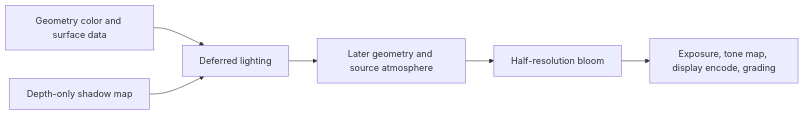
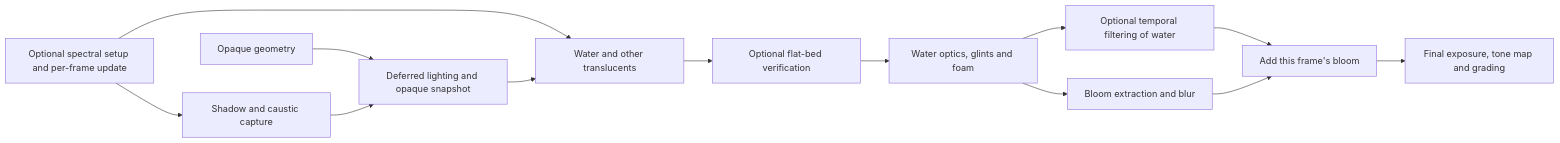
Before and after one commit to GloryKazimierz/AuroraShader: the diagram in README.md, drawn with Mermaid. The commit also changed other lines of this file and 29 other files, not shown here.

Commit message:
Drive crest foam and glint roughness from spectral water motion

````diff
--- a/README.md
+++ b/README.md
@@ -95,8 +81,15 @@
 ```mermaid
 flowchart LR
-    G[Geometry color and surface data] --> D[Deferred lighting]
-    S[Depth-only shadow map] --> D
-    D --> L[Later geometry and source atmosphere]
-    L --> B[Half-resolution bloom]
-    B --> F[Exposure, tone map, display encode, grading]
+    W["Optional spectral setup and per-frame update"] --> S["Shadow and caustic capture"]
+    W --> T["Water and other translucents"]
+    G["Opaque geometry"] --> D["Deferred lighting and opaque snapshot"]
+    S --> D
+    D --> T
+    T --> P["Optional flat-bed verification"]
+    P --> O["Water optics, glints and foam"]
+    O --> B["Bloom extraction and blur"]
+    O --> K["Optional temporal filtering of water"]
+    K --> C["Add this frame's bloom"]
+    B --> C
+    C --> F["Final exposure, tone map and grading"]
 ```
````
